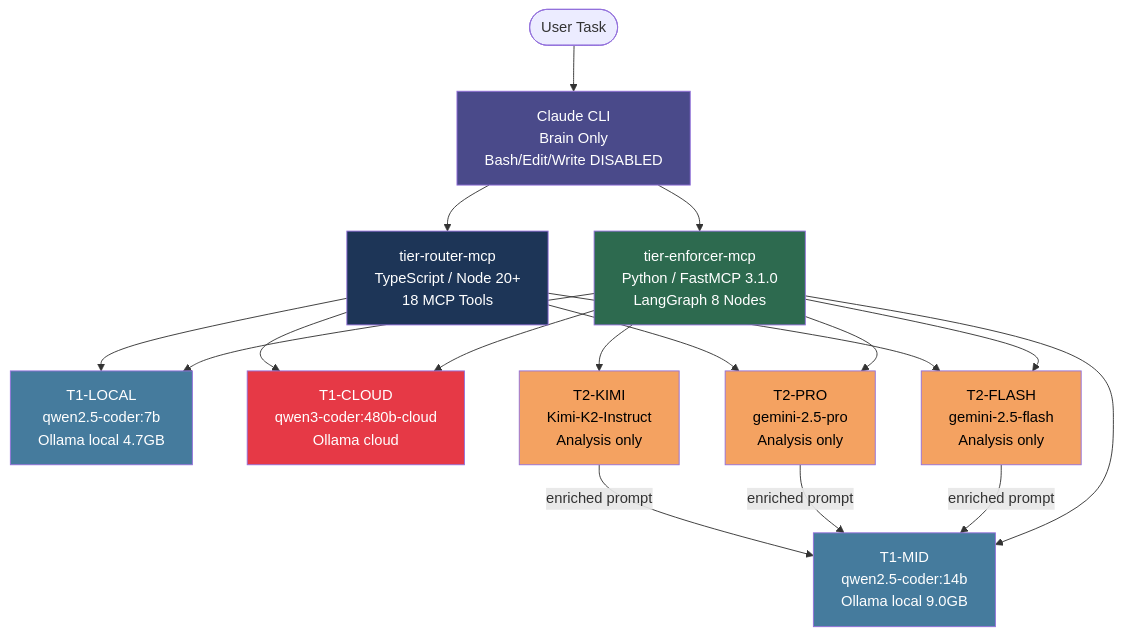
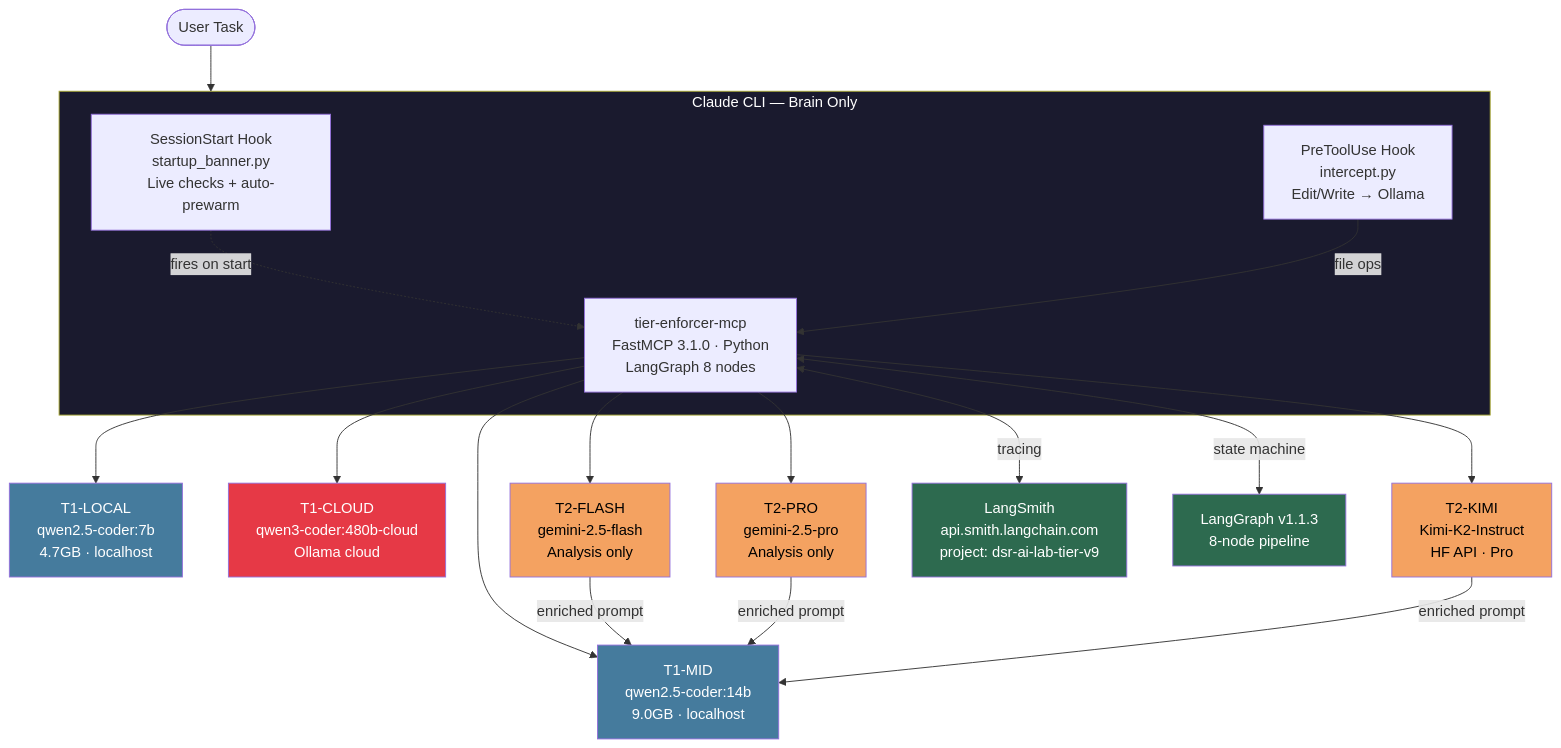
Before and after one commit to dineshsrivastava07-cell/Claude-Tier-MacMini: the first of 8 diagrams in ARCHITECTURE.md, drawn with Mermaid. The commit also changed other lines of this file and 7 other files, not shown here.

First line of the commit message:
feat(v9.1): live startup banner, HF whoami-v2 fix, full component health checks

````diff
--- a/ARCHITECTURE.md
+++ b/ARCHITECTURE.md
@@ -15,33 +21,36 @@
 ```mermaid
 graph TD
-    User([User Task]) --> ClaudeBrain[Claude CLI<br/>Brain Only<br/>Bash/Edit/Write DISABLED]
+    User([User Task]) --> ClaudeBrain
 
-    ClaudeBrain --> TierEnforcer[tier-enforcer-mcp<br/>Python / FastMCP 3.1.0<br/>LangGraph 8 Nodes]
-    ClaudeBrain --> TierRouter[tier-router-mcp<br/>TypeScript / Node 20+<br/>18 MCP Tools]
+    subgraph ClaudeBrain["Claude CLI — Brain Only"]
+        SH[SessionStart Hook<br/>startup_banner.py<br/>Live checks + auto-prewarm]
+        PH[PreToolUse Hook<br/>intercept.py<br/>Edit/Write → Ollama]
+        TE[tier-enforcer-mcp<br/>FastMCP 3.1.0 · Python<br/>LangGraph 8 nodes]
+        SH -.->|fires on start| TE
+        PH -->|file ops| TE
+    end
 
-    TierEnforcer --> T1L[T1-LOCAL<br/>qwen2.5-coder:7b<br/>Ollama local 4.7GB]
-    TierEnforcer --> T1M[T1-MID<br/>qwen2.5-coder:14b<br/>Ollama local 9.0GB]
-    TierEnforcer --> T1C[T1-CLOUD<br/>qwen3-coder:480b-cloud<br/>Ollama cloud]
-    TierEnforcer --> T2F[T2-FLASH<br/>gemini-2.5-flash<br/>Analysis only]
-    TierEnforcer --> T2P[T2-PRO<br/>gemini-2.5-pro<br/>Analysis only]
-    TierEnforcer --> T2K[T2-KIMI<br/>Kimi-K2-Instruct<br/>Analysis only]
+    TE --> T1L[T1-LOCAL<br/>qwen2.5-coder:7b<br/>4.7GB · localhost]
+    TE --> T1M[T1-MID<br/>qwen2.5-coder:14b<br/>9.0GB · localhost]
+    TE --> T1C[T1-CLOUD<br/>qwen3-coder:480b-cloud<br/>Ollama cloud]
+    TE --> T2F[T2-FLASH<br/>gemini-2.5-flash<br/>Analysis only]
+    TE --> T2P[T2-PRO<br/>gemini-2.5-pro<br/>Analysis only]
+    TE --> T2K[T2-KIMI<br/>Kimi-K2-Instruct<br/>HF API · Pro]
 
     T2F -->|enriched prompt| T1M
     T2P -->|enriched prompt| T1M
     T2K -->|enriched prompt| T1M
 
-    TierRouter --> T1L
-    TierRouter --> T1C
-    TierRouter --> T2F
-    TierRouter --> T2P
+    TE <-->|tracing| LS[LangSmith<br/>api.smith.langchain.com<br/>project: dsr-ai-lab-tier-v9]
+    TE <-->|state machine| LG[LangGraph v1.1.3<br/>8-node pipeline]
 
-    style ClaudeBrain fill:#4a4a8a,color:#fff
-    style TierEnforcer fill:#2d6a4f,color:#fff
-    style TierRouter fill:#1d3557,color:#fff
+    style ClaudeBrain fill:#1a1a2e,color:#fff
     style T1L fill:#457b9d,color:#fff
     style T1M fill:#457b9d,color:#fff
     style T1C fill:#e63946,color:#fff
     style T2F fill:#f4a261,color:#000
     style T2P fill:#f4a261,color:#000
     style T2K fill:#f4a261,color:#000
+    style LS fill:#2d6a4f,color:#fff
+    style LG fill:#2d6a4f,color:#fff
 ```
````
